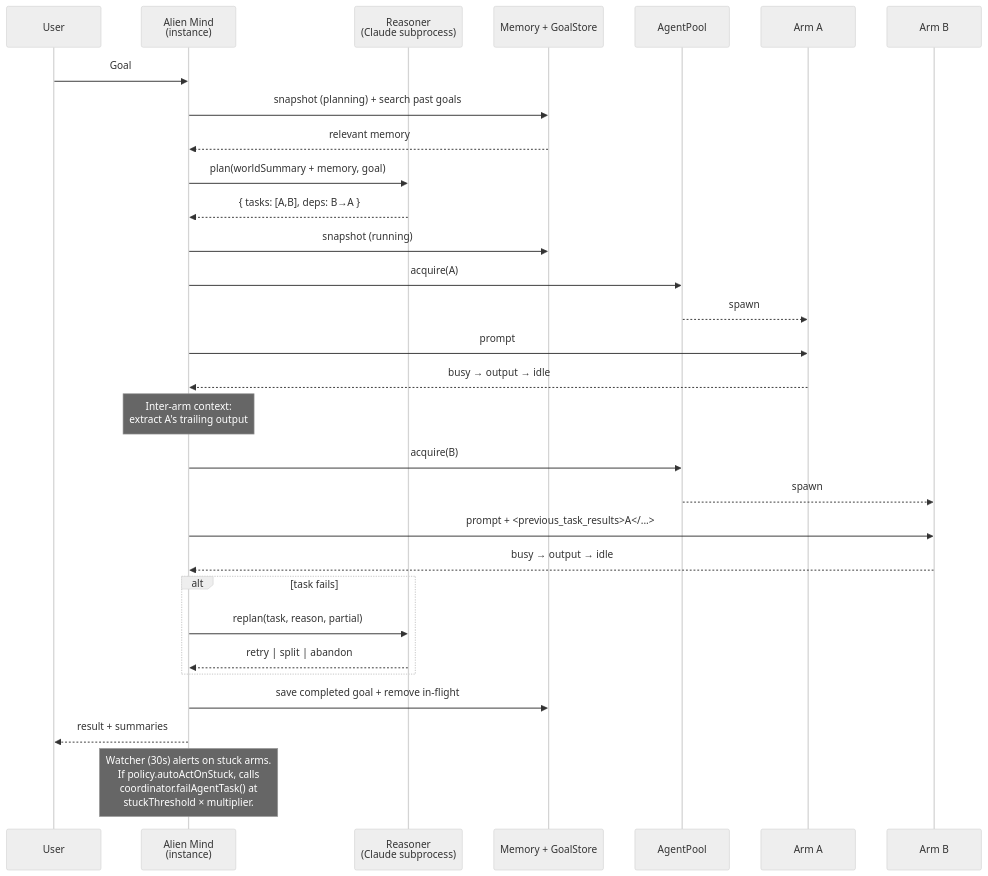
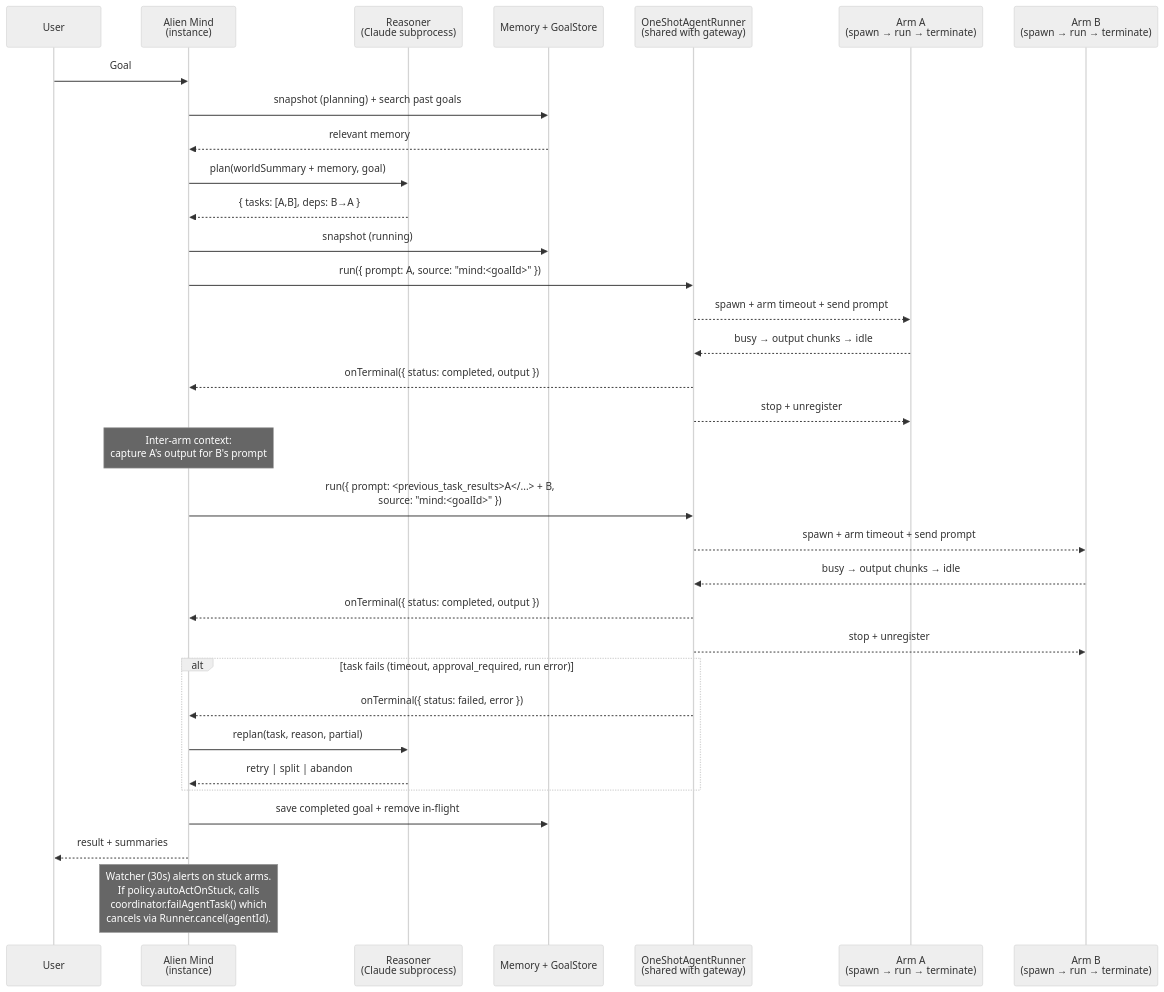
One commit to pugliatechs/polpo changed the tenth of 10 diagrams in docs/diagrams.md. Above: the diagram before and after it, drawn with Mermaid (neutral theme). The commit also changed other lines of this file and 4 other files, not shown here.

````diff
--- a/docs/diagrams.md
+++ b/docs/diagrams.md
@@ -267,38 +269,42 @@
 ```mermaid
 sequenceDiagram
     participant User
     participant Mind as Alien Mind<br/>(instance)
     participant Reasoner as Reasoner<br/>(Claude subprocess)
     participant Store as Memory + GoalStore
-    participant Pool as AgentPool
-    participant ArmA as Arm A
-    participant ArmB as Arm B
+    participant Runner as OneShotAgentRunner<br/>(shared with gateway)
+    participant ArmA as Arm A<br/>(spawn → run → terminate)
+    participant ArmB as Arm B<br/>(spawn → run → terminate)
 
     User->>Mind: Goal
     Mind->>Store: snapshot (planning) + search past goals
     Store-->>Mind: relevant memory
     Mind->>Reasoner: plan(worldSummary + memory, goal)
     Reasoner-->>Mind: { tasks: [A,B], deps: B→A }
     Mind->>Store: snapshot (running)
 
-    Mind->>Pool: acquire(A)
-    Pool-->>ArmA: spawn
-    Mind->>ArmA: prompt
-    ArmA-->>Mind: busy → output → idle
+    Mind->>Runner: run({ prompt: A, source: "mind:<goalId>" })
+    Runner-->>ArmA: spawn + arm timeout + send prompt
+    ArmA-->>Runner: busy → output chunks → idle
+    Runner-->>Mind: onTerminal({ status: completed, output })
+    Runner-->>ArmA: stop + unregister
 
-    Note over Mind: Inter-arm context:<br/>extract A's trailing output
-    Mind->>Pool: acquire(B)
-    Pool-->>ArmB: spawn
-    Mind->>ArmB: prompt + <previous_task_results>A</...>
-    ArmB-->>Mind: busy → output → idle
+    Note over Mind: Inter-arm context:<br/>capture A's output for B's prompt
 
-    alt task fails
+    Mind->>Runner: run({ prompt: <previous_task_results>A</...> + B,<br/>source: "mind:<goalId>" })
+    Runner-->>ArmB: spawn + arm timeout + send prompt
+    ArmB-->>Runner: busy → output chunks → idle
+    Runner-->>Mind: onTerminal({ status: completed, output })
+    Runner-->>ArmB: stop + unregister
+
+    alt task fails (timeout, approval_required, run error)
+        Runner-->>Mind: onTerminal({ status: failed, error })
         Mind->>Reasoner: replan(task, reason, partial)
         Reasoner-->>Mind: retry | split | abandon
     end
 
     Mind->>Store: save completed goal + remove in-flight
     Mind-->>User: result + summaries
 
-    Note over Mind: Watcher (30s) alerts on stuck arms.<br/>If policy.autoActOnStuck, calls<br/>coordinator.failAgentTask() at<br/>stuckThreshold × multiplier.
+    Note over Mind: Watcher (30s) alerts on stuck arms.<br/>If policy.autoActOnStuck, calls<br/>coordinator.failAgentTask() which<br/>cancels via Runner.cancel(agentId).
 ```
````
